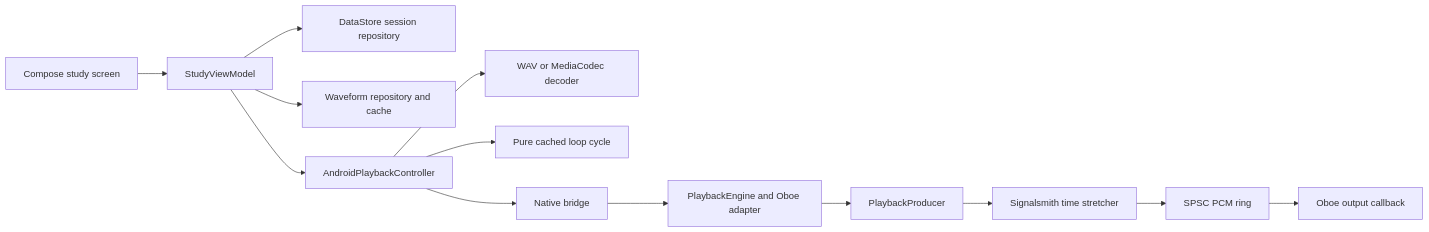
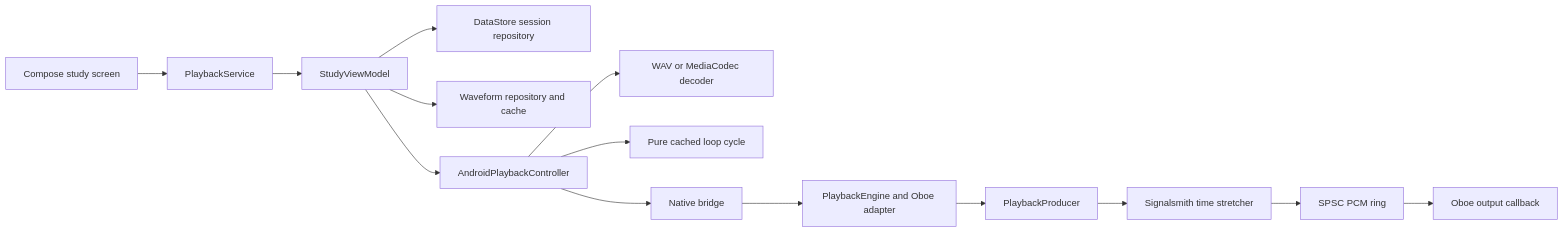
The diagram in docs/architecture.md (p33nah/loopo), drawn with Mermaid before and after one commit. The commit also changed other lines of this file and 13 other files, not shown here.

````diff
--- a/docs/architecture.md
+++ b/docs/architecture.md
@@ -5,15 +5,16 @@
 ```mermaid
 flowchart LR
-    UI[Compose study screen] --> VM[StudyViewModel]
+    UI[Compose study screen] --> Service[PlaybackService]
+    Service --> VM[StudyViewModel]
     VM --> Session[DataStore session repository]
     VM --> Waveform[Waveform repository and cache]
     VM --> Playback[AndroidPlaybackController]
     Playback --> Decoder[WAV or MediaCodec decoder]
     Playback --> Cycle[Pure cached loop cycle]
     Playback --> JNI[Native bridge]
     JNI --> Engine[PlaybackEngine and Oboe adapter]
     Engine --> Producer[PlaybackProducer]
     Producer --> Stretch[Signalsmith time stretcher]
     Stretch --> Ring[SPSC PCM ring]
     Ring --> Oboe[Oboe output callback]
 ```
````
